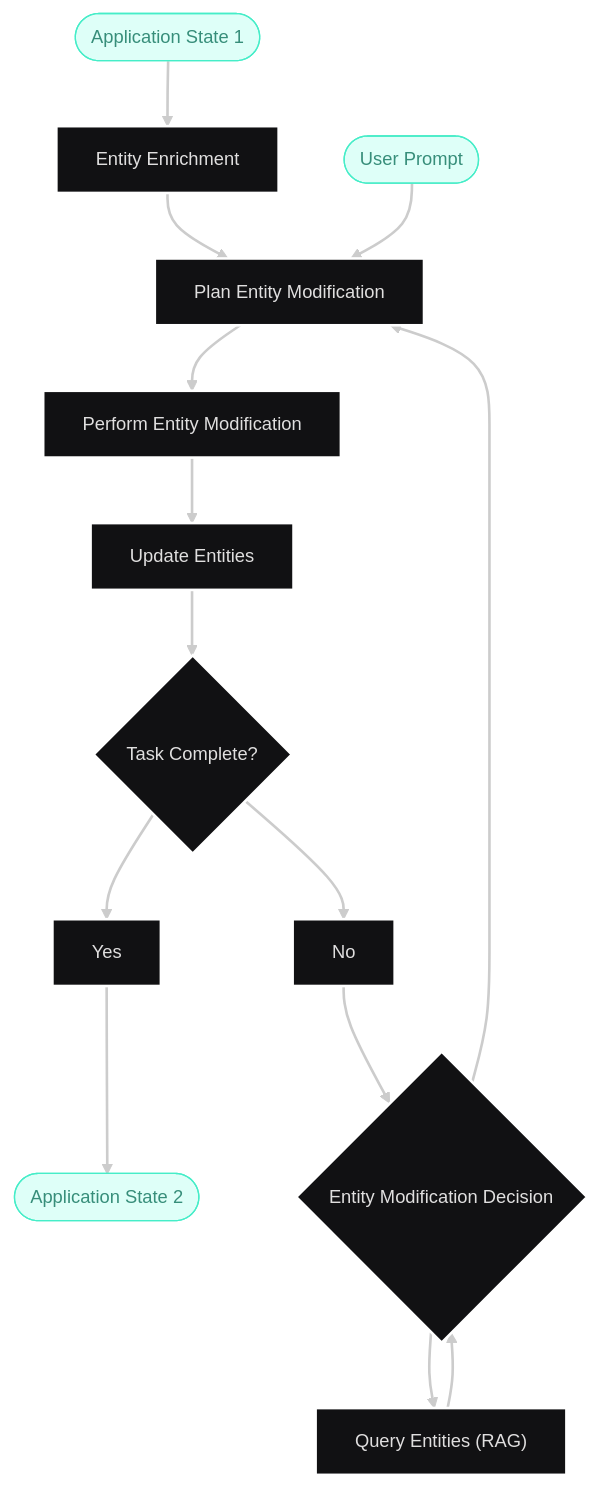
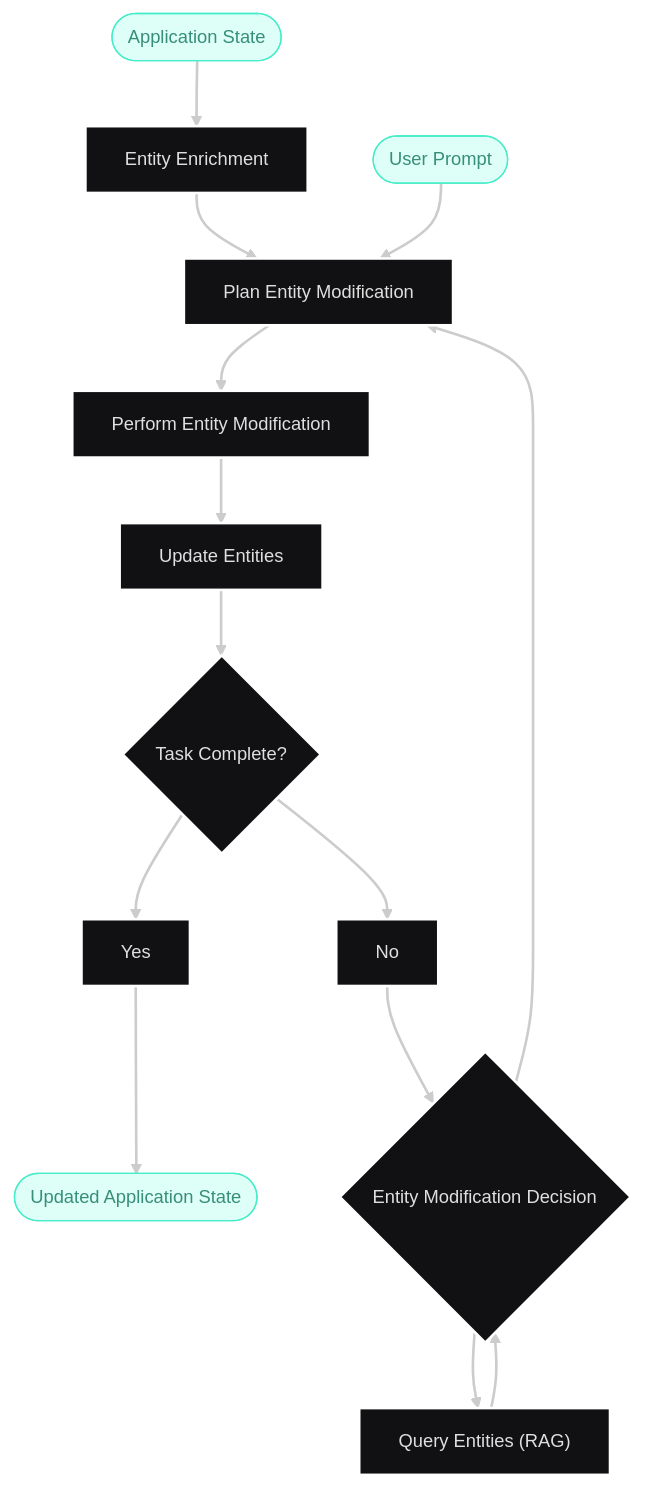
The fourth of 5 diagrams in ARCHITECTURE.md (DominicBurkart/nanna-coder), drawn with Mermaid before and after one commit. The commit also changed other lines of this file and 2 other files, not shown here.

Commit message:
clarity: tighten doc descriptions, fix Rust URL, remove redundant classDef, clean AGENTS heading

````diff
--- a/ARCHITECTURE.md
+++ b/ARCHITECTURE.md
@@ -117,31 +117,30 @@
 ```mermaid
 ---
 config:
   theme: redux-dark
   layout: dagre
 ---
 flowchart TD
-    A(["Application State 1"]) --> n6["Entity Enrichment"]
+    A(["Application State"]) --> n6["Entity Enrichment"]
     n10(["User Prompt"]) --> n4["Plan Entity Modification"]
     B{"Task Complete?"} --> C["Yes"] & D["No"]
     D --> n1["Entity Modification Decision"]
     n1 --> n3["Query Entities (RAG)"] & n4
     n4 --> n7["Perform Entity Modification"]
-    C --> n9(["Application State 2"])
+    C --> n9(["Updated Application State"])
     n3 --> n1
     n7 --> n11["Update Entities"]
     n11 --> B
     n6 --> n4
     n6@{ shape: rect}
     n4@{ shape: rect}
     n1@{ shape: diam}
     n3@{ shape: rect}
     n7@{ shape: rect}
     n11@{ shape: rect}
-     A:::Rose
      A:::Aqua
      n10:::Aqua
      n9:::Aqua
     classDef Rose stroke-width:1px, stroke-dasharray:none, stroke:#FF5978, fill:#FFDFE5, color:#8E2236
     classDef Aqua stroke-width:1px, stroke-dasharray:none, stroke:#46EDC8, fill:#DEFFF8, color:#378E7A
 ```
````
